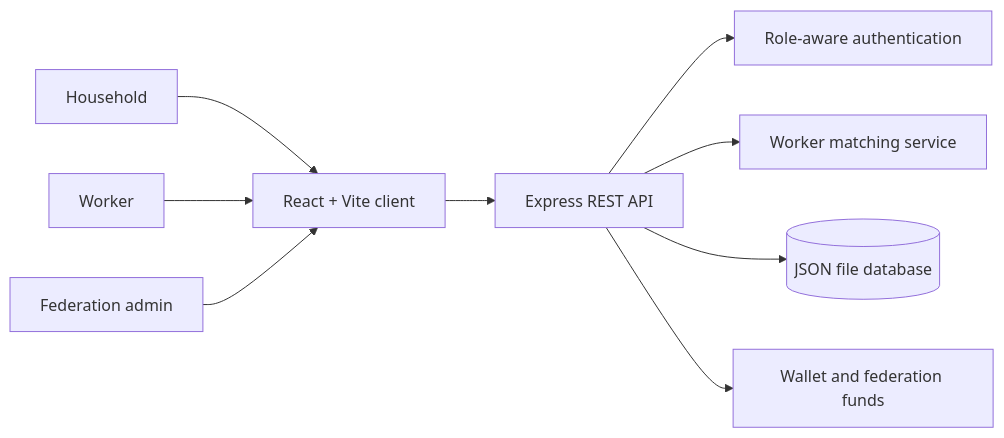
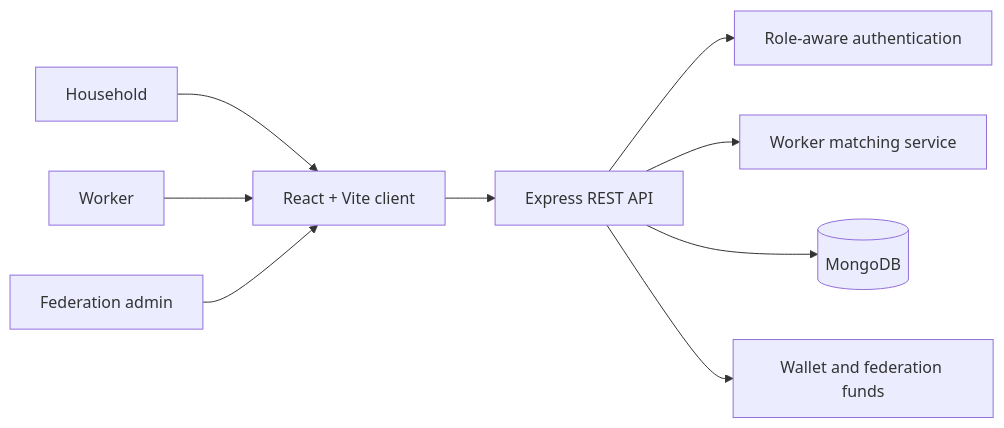
Before and after one commit to Suryaprakash2006/KaryaSethu: the diagram in README.md, drawn with Mermaid. The commit also changed other lines of this file and 9 other files, not shown here.

````diff
--- a/README.md
+++ b/README.md
@@ -61,11 +61,11 @@
 ```mermaid
 flowchart LR
   H[Household] --> UI[React + Vite client]
   W[Worker] --> UI
   F[Federation admin] --> UI
   UI --> API[Express REST API]
   API --> AUTH[Role-aware authentication]
   API --> MATCH[Worker matching service]
-  API --> DB[(JSON file database)]
+  API --> DB[(MongoDB)]
   API --> FUNDS[Wallet and federation funds]
 ```
````
